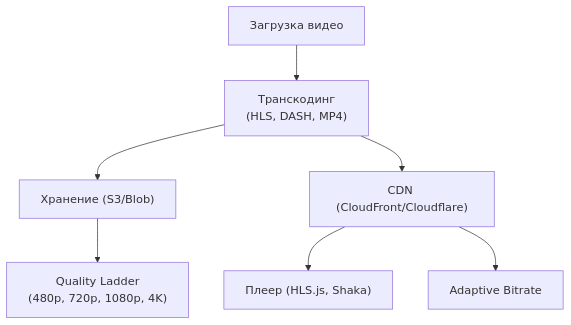
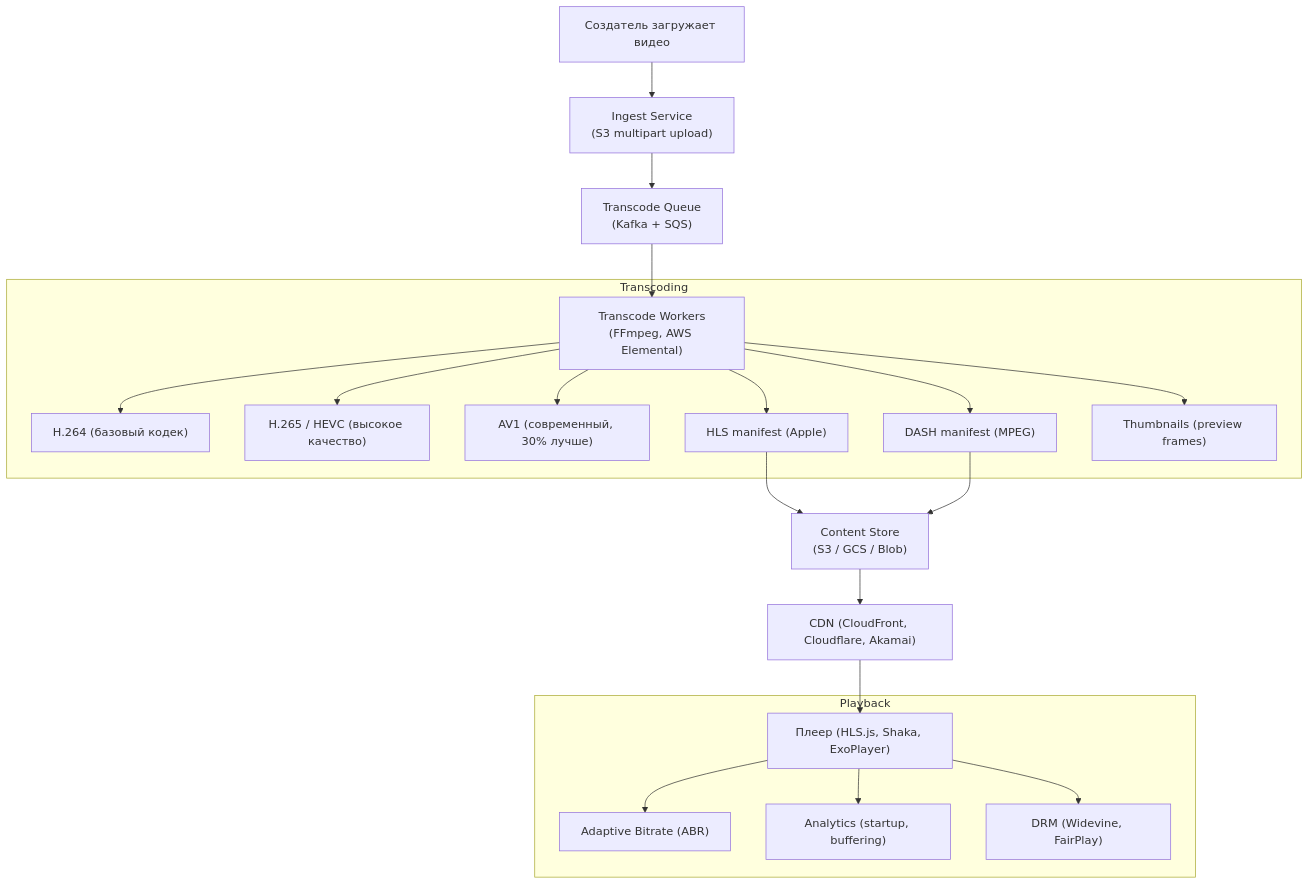
The first of 2 diagrams in docs/specialization/socnet-platform.md (sergeyodnoval-bot/sysanalyst-kb.github.io), drawn with Mermaid before and after one commit. The commit also changed other lines of this file and 12 other files, not shown here.

````diff
--- a/docs/specialization/socnet-platform.md
+++ b/docs/specialization/socnet-platform.md
@@ -22,9 +31,27 @@
 ```mermaid
 flowchart TD
-    UPLOAD["Загрузка видео"] --> TRANSCODE["Транскодинг<br/>(HLS, DASH, MP4)"]
-    TRANSCODE --> STORE["Хранение (S3/Blob)"]
-    TRANSCODE --> CDN["CDN (CloudFront/Cloudflare)"]
-    CDN --> PLAYER["Плеер (HLS.js, Shaka)"]
-    STORE --> QUALITY["Quality Ladder<br/>(480p, 720p, 1080p, 4K)"]
-    CDN --> ABR["Adaptive Bitrate"]
+    UPLOAD["Создатель загружает видео"]
+    UPLOAD --> INGEST["Ingest Service<br/>(S3 multipart upload)"]
+    INGEST --> QUEUE["Transcode Queue<br/>(Kafka + SQS)"]
+    QUEUE --> TRANSCODE["Transcode Workers<br/>(FFmpeg, AWS Elemental)"]
+    
+    subgraph Transcoding
+        TRANSCODE --> H264["H.264 (базовый кодек)"]
+        TRANSCODE --> H265["H.265 / HEVC (высокое качество)"]
+        TRANSCODE --> AV1["AV1 (современный, 30% лучше)"]
+        TRANSCODE --> HLS["HLS manifest (Apple)"]
+        TRANSCODE --> DASH["DASH manifest (MPEG)"]
+        TRANSCODE --> THUMB["Thumbnails (preview frames)"]
+    end
+    
+    HLS --> STORAGE["Content Store<br/>(S3 / GCS / Blob)"]
+    DASH --> STORAGE
+    STORAGE --> CDN["CDN (CloudFront, Cloudflare, Akamai)"]
+    CDN --> PLAYER["Плеер (HLS.js, Shaka, ExoPlayer)"]
+    
+    subgraph Playback
+        PLAYER --> ABR["Adaptive Bitrate (ABR)"]
+        PLAYER --> ANALYTICS["Analytics (startup, buffering)"]
+        PLAYER --> DRM["DRM (Widevine, FairPlay)"]
+    end
 ```
````
